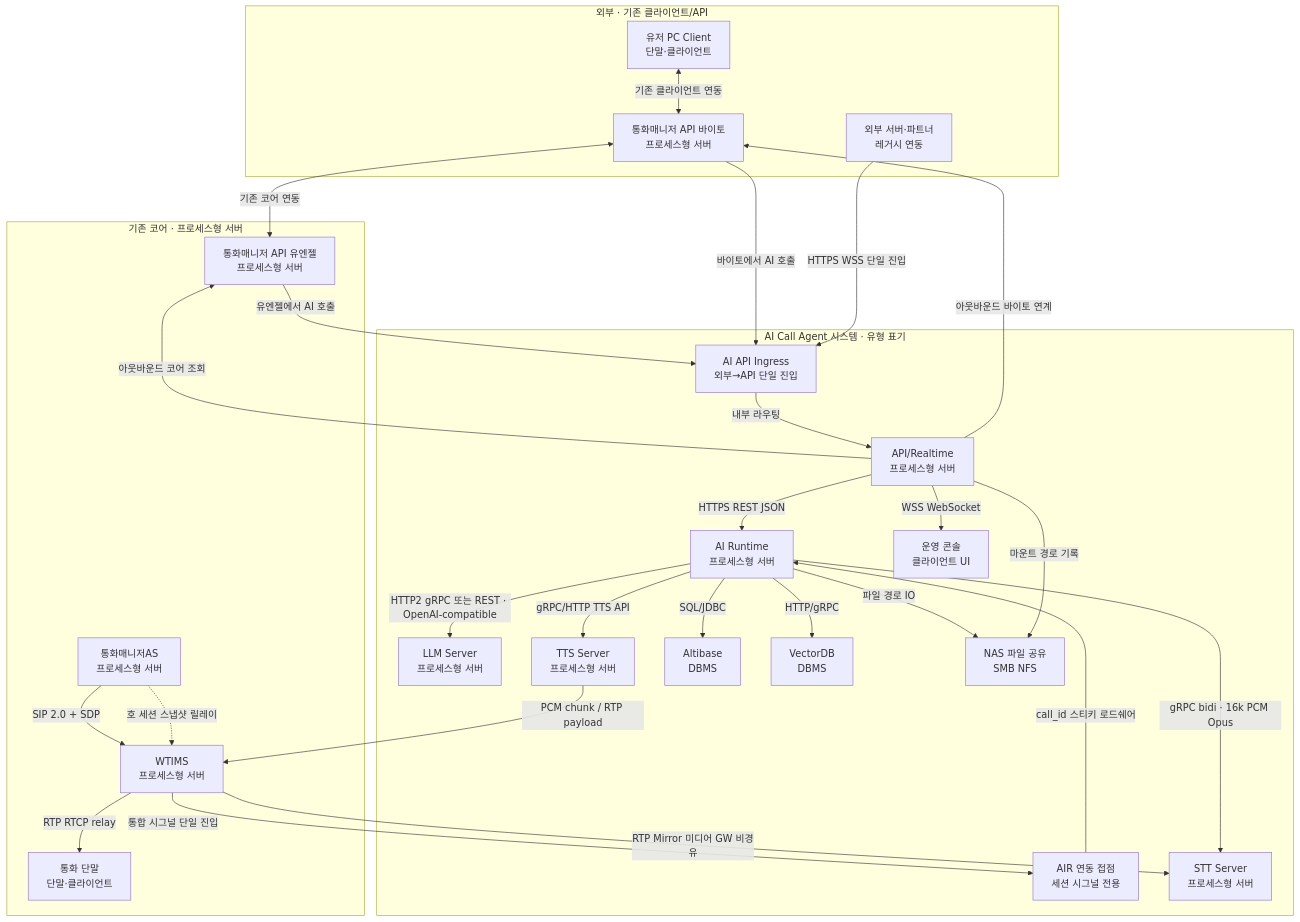
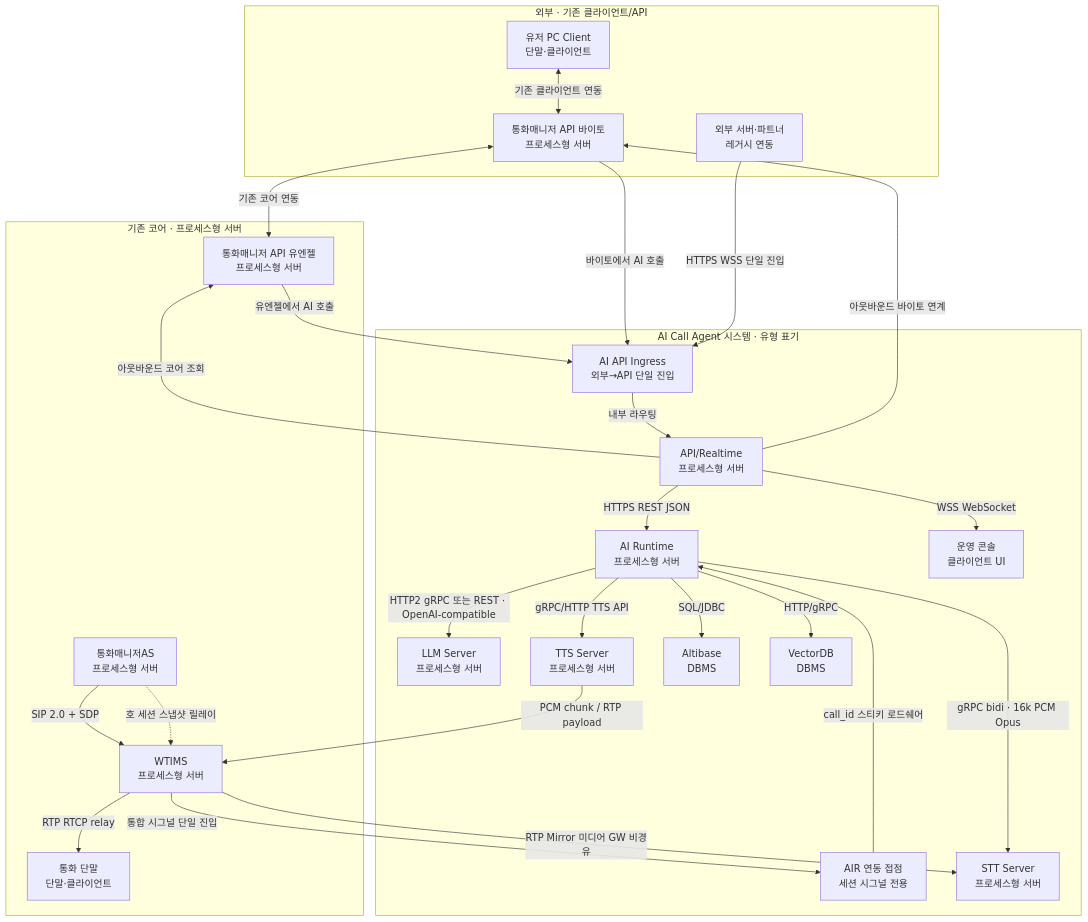
Before and after one commit to hak023/agentic_ai_callbot: the second of 5 diagrams in docs/architecture/production-deployment-architecture.md, drawn with Mermaid. The commit also changed other lines of this file, not shown here.

Commit message:
docs: 프로덕션 아키텍처에서 NAS/Blob 초기 생략·WTIMS 녹음·로컬 임시 반영

````diff
--- a/docs/architecture/production-deployment-architecture.md
+++ b/docs/architecture/production-deployment-architecture.md
@@ -315,48 +309,45 @@
 ```mermaid
 flowchart TD
     subgraph EXT_LEGACY["외부 · 기존 클라이언트/API"]
         PCL["유저 PC Client<br/>단말·클라이언트"]
         BAPI["통화매니저 API 바이토<br/>프로세스형 서버"]
         EXTAPI["외부 서버·파트너<br/>레거시 연동"]
     end
     subgraph CORE["기존 코어 · 프로세스형 서버"]
         CM["통화매니저AS<br/>프로세스형 서버"] -->|SIP 2.0 + SDP| WT["WTIMS<br/>프로세스형 서버"]
         CM -.->|호 세션 스냅샷 릴레이| WT
         WT -->|RTP RTCP relay| EP["통화 단말<br/>단말·클라이언트"]
         UAPI["통화매니저 API 유엔젤<br/>프로세스형 서버"]
     end
     subgraph ACA["AI Call Agent 시스템 · 유형 표기"]
         GW["AIR 연동 접점<br/>세션 시그널 전용"]
         STT["STT Server<br/>프로세스형 서버"]
         AIR["AI Runtime<br/>프로세스형 서버"]
         LLM["LLM Server<br/>프로세스형 서버"]
         TTS["TTS Server<br/>프로세스형 서버"]
         APIGW["AI API Ingress<br/>외부→API 단일 진입"]
         API["API/Realtime<br/>프로세스형 서버"]
         CON["운영 콘솔<br/>클라이언트 UI"]
         ALT["Altibase<br/>DBMS"]
         VDB["VectorDB<br/>DBMS"]
-        NASN["NAS 파일 공유<br/>SMB NFS"]
     end
     PCL <-->|기존 클라이언트 연동| BAPI
     BAPI <-->|기존 코어 연동| UAPI
     UAPI -->|유엔젤에서 AI 호출| APIGW
     BAPI -->|바이토에서 AI 호출| APIGW
     EXTAPI -->|HTTPS WSS 단일 진입| APIGW
     APIGW -->|내부 라우팅| API
     API -->|아웃바운드 코어 조회| UAPI
     API -->|아웃바운드 바이토 연계| BAPI
     WT -->|통합 시그널 단일 진입| GW
     GW -->|call_id 스티키 로드쉐어| AIR
     WT -->|RTP Mirror 미디어 GW 비경유| STT
     AIR -->|gRPC bidi · 16k PCM Opus| STT
     AIR -->|HTTP2 gRPC 또는 REST · OpenAI-compatible| LLM
     AIR -->|gRPC/HTTP TTS API| TTS
     TTS -->|PCM chunk / RTP payload| WT
     API -->|HTTPS REST JSON| AIR
     API -->|WSS WebSocket| CON
     AIR -->|SQL/JDBC| ALT
     AIR -->|HTTP/gRPC| VDB
-    AIR -->|파일 경로 IO| NASN
-    API -->|마운트 경로 기록| NASN
 ```
````
